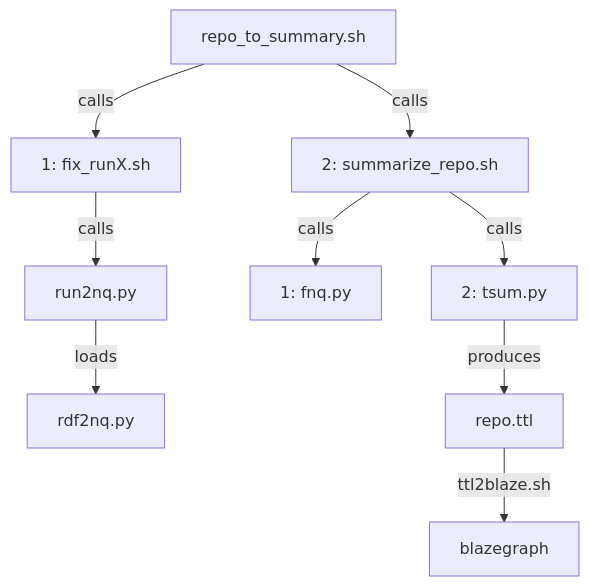
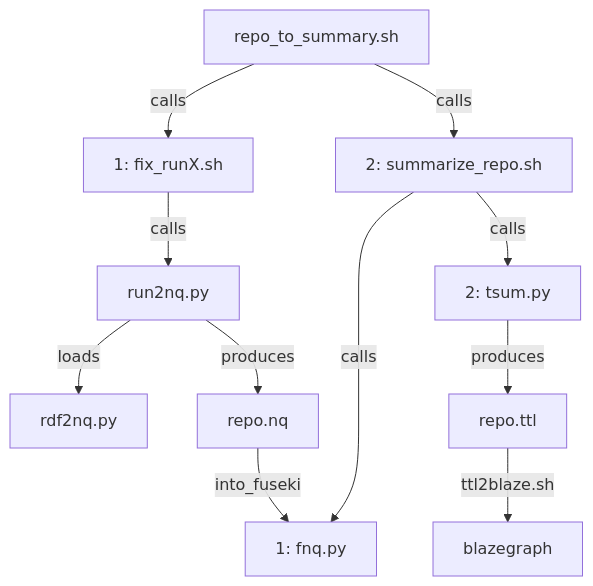
Before and after one commit to MBcode/ec: the diagram in summary/call.md, drawn with Mermaid.

Commit message:
Update call.md
incl. that fix_runX side gets useable repo.nq that summarize_repo.sh has fnq.py load into fuseki for the tsum.py part to dump repo.ttl for blaze

````diff
--- a/summary/call.md
+++ b/summary/call.md
@@ -5,8 +5,9 @@
 ```mermaid
 flowchart TD;
 R2S[repo_to_summary.sh]  -- calls --> G[1: fix_runX.sh];
 G -- calls --> r2n[run2nq.py] -- loads --> rdf2[rdf2nq.py];
 R2S -- calls --> SR[2: summarize_repo.sh];
 SR -- calls --> F1[1: fnq.py];
 SR -- calls --> F2[2: tsum.py] -- produces --> RT[repo.ttl] -- ttl2blaze.sh --> B[blazegraph];
+r2n -- produces --> nq[repo.nq] -- into_fuseki --> F1;
 ```
````
